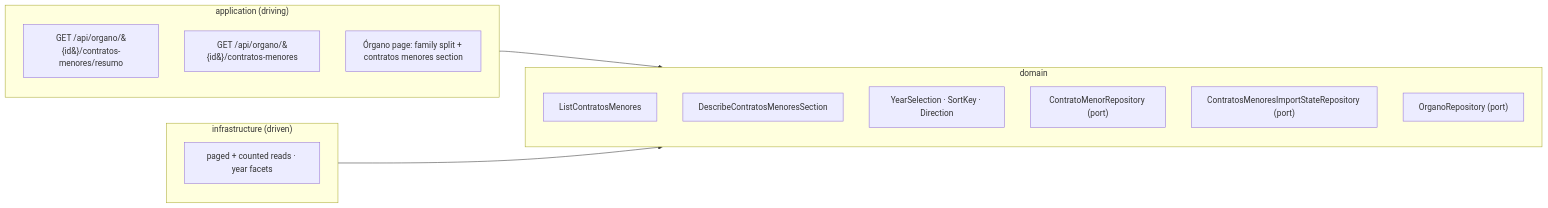
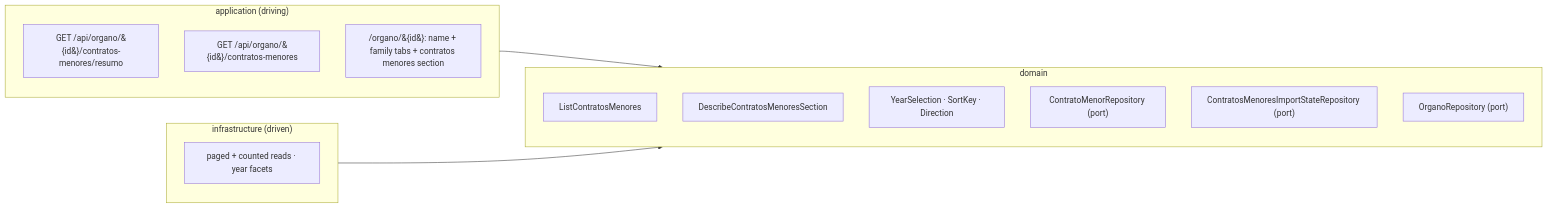
The diagram in docs/features/FEAT-0011-contratos-menores-browsing/README.md (earelin/conxugal), drawn with Mermaid before and after one commit. The commit also changed other lines of this file and 1 other file, not shown here.

First line of the commit message:
docs: the Órgano page is /organo/{id} and splits families into tabs

````diff
--- a/docs/features/FEAT-0011-contratos-menores-browsing/README.md
+++ b/docs/features/FEAT-0011-contratos-menores-browsing/README.md
@@ -135,21 +135,21 @@
 ```mermaid
 flowchart LR
     subgraph application["application (driving)"]
         resumoApi["GET /api/organo/&#123;id&#125;/contratos-menores/resumo"]
         listApi["GET /api/organo/&#123;id&#125;/contratos-menores"]
-        pageUi["Órgano page: family split + contratos menores section"]
+        pageUi["/organo/&#123;id&#125;: name + family tabs + contratos menores section"]
     end
     subgraph domain["domain"]
         listUc["ListContratosMenores"]
         resumoUc["DescribeContratosMenoresSection"]
         selection["YearSelection · SortKey · Direction"]
         contratoRepo["ContratoMenorRepository (port)"]
         stateRepo["ContratosMenoresImportStateRepository (port)"]
         organoRepo["OrganoRepository (port)"]
     end
     subgraph infrastructure["infrastructure (driven)"]
         jdbcReads["paged + counted reads · year facets"]
     end
     application --> domain
     infrastructure --> domain
 ```
````
